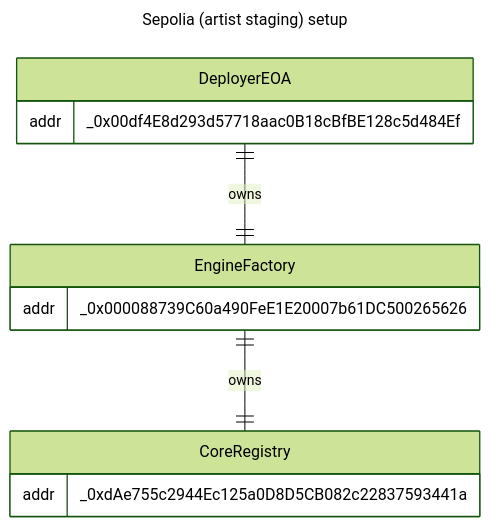
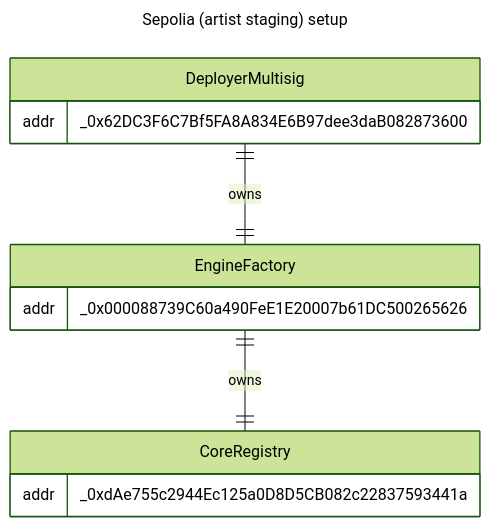
Before and after one commit to void-smith660/artblocks-contracts: the third of 5 diagrams in packages/contracts/INFRASTRUCTURE.md, drawn with Mermaid (forest theme). The commit also changed other lines of this file and 8 other files, not shown here.

````diff
--- a/packages/contracts/INFRASTRUCTURE.md
+++ b/packages/contracts/INFRASTRUCTURE.md
@@ -69,17 +69,17 @@
 ```mermaid
 ---
 title: Sepolia (artist staging) setup
 ---
 erDiagram
-    DeployerEOA ||--|| EngineFactory : owns
+    DeployerMultisig ||--|| EngineFactory : owns
     EngineFactory ||--|| CoreRegistry : owns
-    DeployerEOA {
-        addr _0x00df4E8d293d57718aac0B18cBfBE128c5d484Ef
+    DeployerMultisig {
+        addr _0x62DC3F6C7Bf5FA8A834E6B97dee3daB082873600
     }
     EngineFactory {
         addr _0x000088739C60a490FeE1E20007b61DC500265626
     }
     CoreRegistry {
         addr _0xdAe755c2944Ec125a0D8D5CB082c22837593441a
     }
 ```
````
